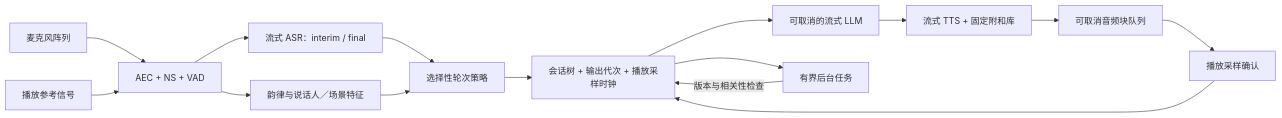
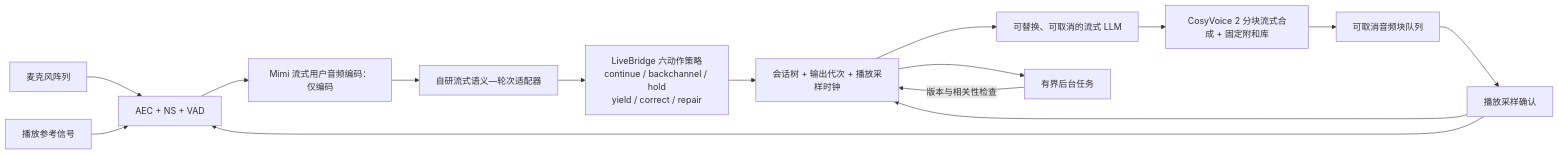
Before and after one commit to wuki-creator/Xim-duplex: the diagram in docs/ARCHITECTURE_REVIEW.md, drawn with Mermaid. The commit also changed other lines of this file and 19 other files, not shown here.

````diff
--- a/docs/ARCHITECTURE_REVIEW.md
+++ b/docs/ARCHITECTURE_REVIEW.md
@@ -27,17 +27,17 @@
 ```mermaid
 flowchart LR
     MIC[麦克风阵列] --> AEC[AEC + NS + VAD]
     REF[播放参考信号] --> AEC
-    AEC --> STREAM[流式 ASR：interim / final]
-    AEC --> PROS[韵律与说话人／场景特征]
-    STREAM --> POLICY[选择性轮次策略]
-    PROS --> POLICY
+    AEC --> MIMI[Mimi 流式用户音频编码：仅编码]
+    MIMI --> ADAPT[自研流式语义—轮次适配器]
+    ADAPT --> POLICY[LiveBridge 六动作策略<br/>continue / backchannel / hold<br/>yield / correct / repair]
     POLICY --> STATE[会话树 + 输出代次 + 播放采样时钟]
-    STATE --> LLM[可取消的流式 LLM]
-    LLM --> TTS[流式 TTS + 固定附和库]
+    STATE --> LLM[可替换、可取消的流式 LLM]
+    LLM --> TTS[CosyVoice 2 分块流式合成 + 固定附和库]
     TTS --> PLAY[可取消音频块队列]
     PLAY --> ACK[播放采样确认]
     ACK --> STATE
+    ACK --> AEC
     STATE --> TASK[有界后台任务]
     TASK -->|版本与相关性检查| STATE
 ```
````
